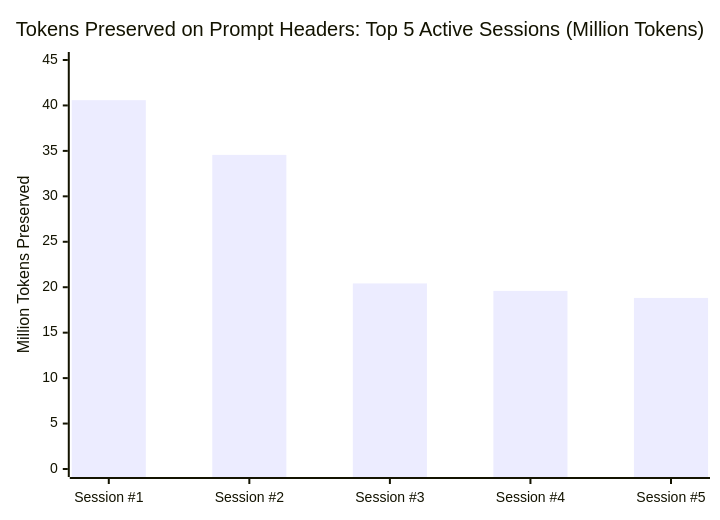
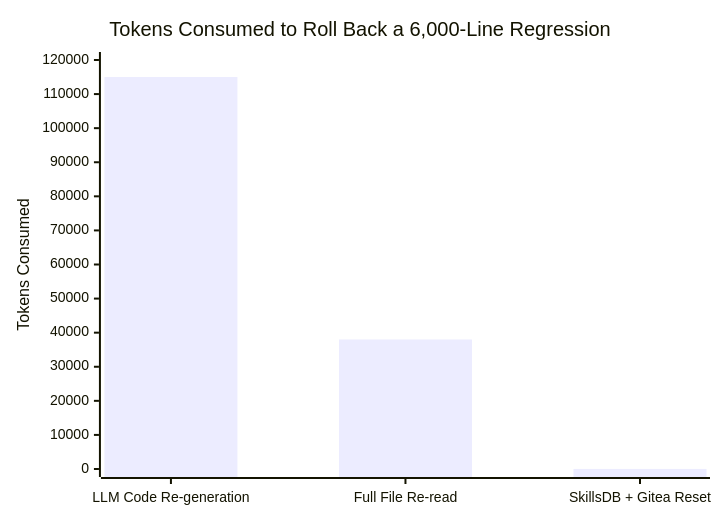
One commit to scorpion421/skillsdb changed the third of 4 diagrams in README.md. Above: the diagram before and after it, drawn with Mermaid. The commit also changed other lines of this file and 1 other file, not shown here.

````diff
--- a/README.md
+++ b/README.md
@@ -116,7 +62,7 @@
 ```mermaid
 xychart-beta
-    title "Tokens Preserved on Prompt Headers: Top 5 Active Sessions (Million Tokens)"
-    x-axis ["Session #1", "Session #2", "Session #3", "Session #4", "Session #5"]
-    y-axis "Million Tokens Preserved" 0 --> 45
-    bar [40.58, 34.56, 20.42, 19.60, 18.82]
+    title "Tokens Consumed to Roll Back a 6,000-Line Regression"
+    x-axis ["LLM Code Re-generation", "Full File Re-read", "SkillsDB + Gitea Reset"]
+    y-axis "Tokens Consumed" 0 --> 120000
+    bar [115000, 38000, 20]
 ```
````
